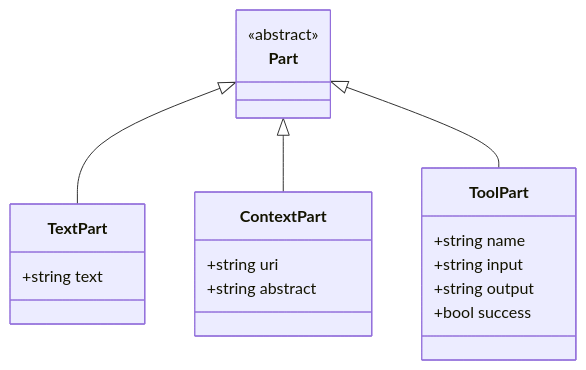
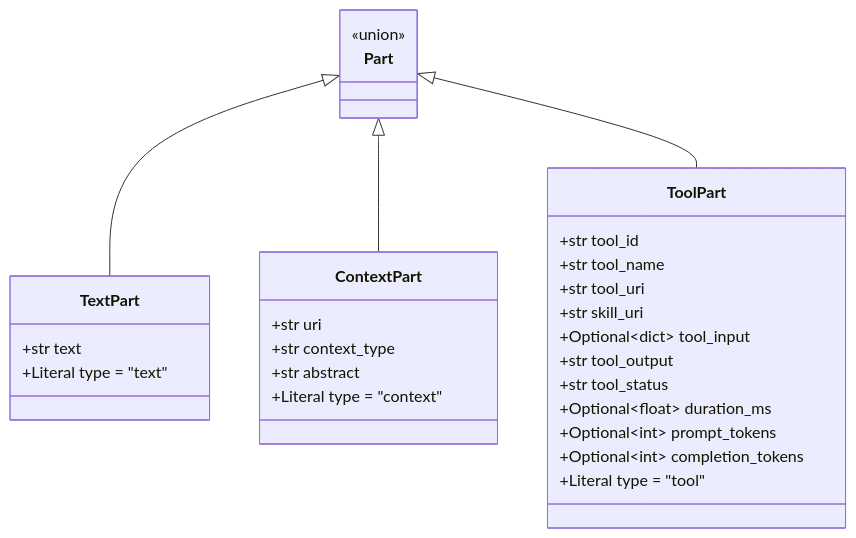
Before and after one commit to caicongyang/bloger: the third of 9 diagrams in openviking/05-会话管理详解.md, drawn with Mermaid. The commit also changed other lines of this file and 10 other files, not shown here.

````diff
--- a/openviking/05-会话管理详解.md
+++ b/openviking/05-会话管理详解.md
@@ -130,26 +133,36 @@
 ```mermaid
 classDiagram
     class Part {
-        <<abstract>>
+        <<union>>
     }
-    
+
     class TextPart {
-        +string text
+        +str text
+        +Literal type = "text"
     }
-    
+
     class ContextPart {
-        +string uri
-        +string abstract
+        +str uri
+        +str context_type
+        +str abstract
+        +Literal type = "context"
     }
-    
+
     class ToolPart {
-        +string name
-        +string input
-        +string output
-        +bool success
+        +str tool_id
+        +str tool_name
+        +str tool_uri
+        +str skill_uri
+        +Optional~dict~ tool_input
+        +str tool_output
+        +str tool_status
+        +Optional~float~ duration_ms
+        +Optional~int~ prompt_tokens
+        +Optional~int~ completion_tokens
+        +Literal type = "tool"
     }
-    
+
     Part <|-- TextPart
     Part <|-- ContextPart
     Part <|-- ToolPart
 ```
````
